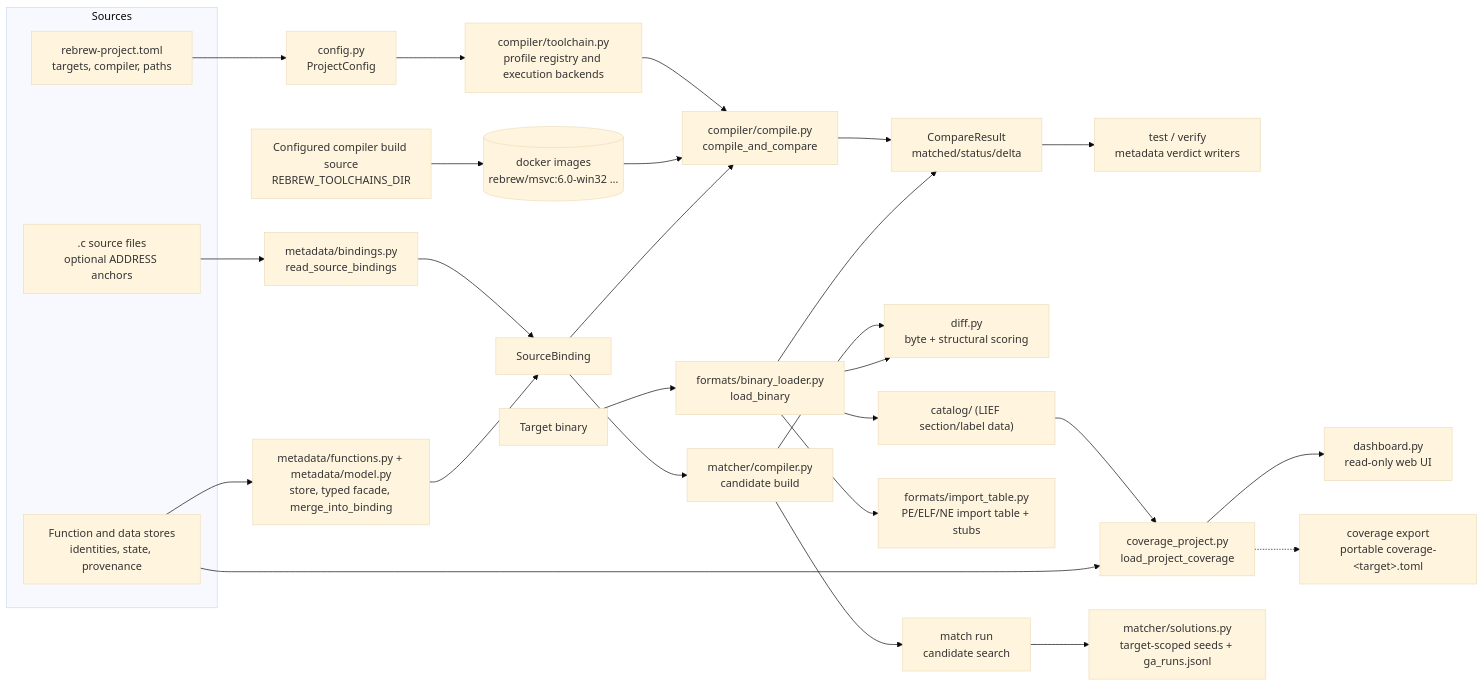
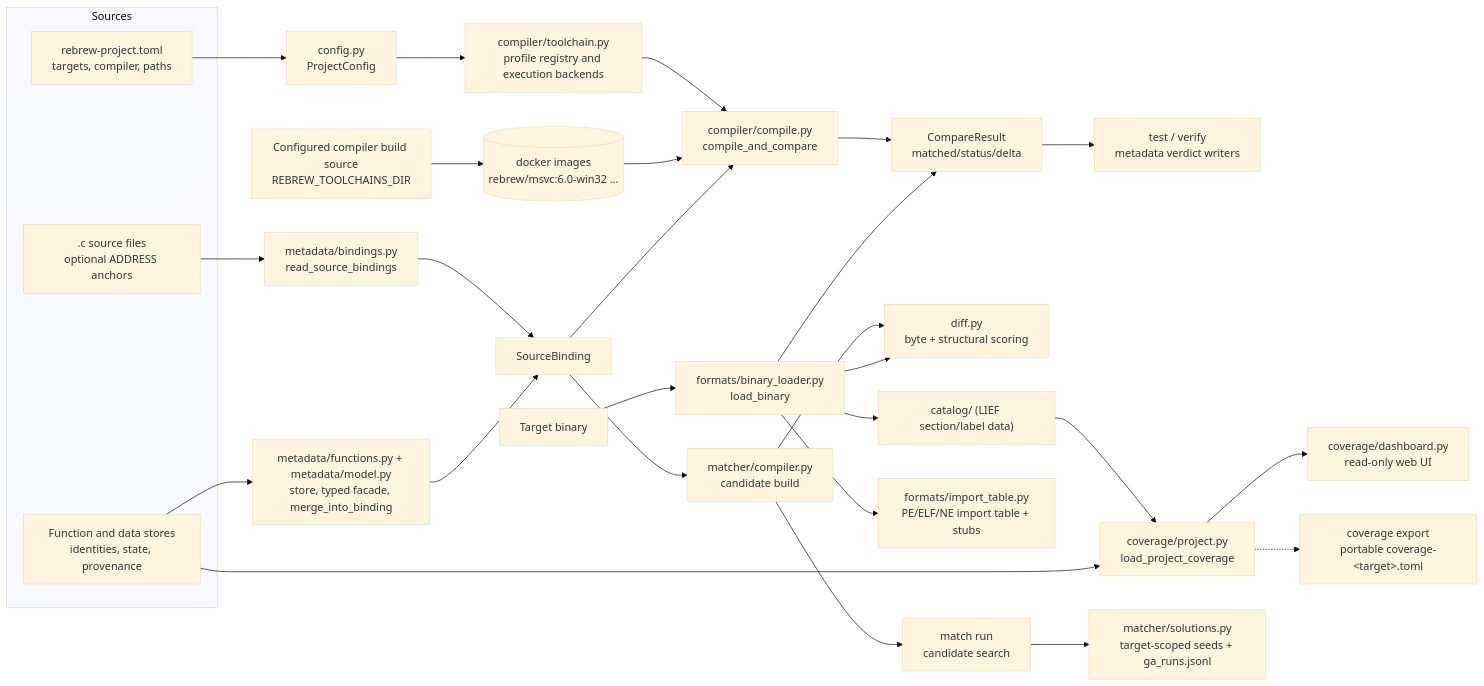
The diagram in docs/ARCHITECTURE.md (maci0/rebrew), drawn with Mermaid (base theme) before and after one commit. The commit also changed other lines of this file and 400 other files, not shown here.

````diff
--- a/docs/ARCHITECTURE.md
+++ b/docs/ARCHITECTURE.md
@@ -16,40 +16,40 @@
 ```mermaid
 flowchart LR
     subgraph Sources
         C[".c source files<br/>optional ADDRESS anchors"]
         TOML["rebrew-project.toml<br/>targets, compiler, paths"]
         META["Function and data stores<br/>identities, state, provenance"]
     end
 
     C --> ANNOT["metadata/bindings.py<br/>read_source_bindings"]
     META --> FACADE["metadata/functions.py + metadata/model.py<br/>store, typed facade, merge_into_binding"]
     TOML --> CFG["config.py<br/>ProjectConfig"]
 
     ANNOT --> MERGED["SourceBinding"]
     FACADE --> MERGED
 
     CFG --> TOOLCHAIN["compiler/toolchain.py<br/>profile registry and execution backends"]
     RT["Configured compiler build source<br/>REBREW_TOOLCHAINS_DIR"] --> IMG[("docker images<br/>rebrew/msvc:6.0-win32 …")]
     TOOLCHAIN --> COMPILE["compiler/compile.py<br/>compile_and_compare"]
     IMG --> COMPILE
 
     BIN["Target binary"] --> LOAD["formats/binary_loader.py<br/>load_binary"]
     MERGED --> COMPILE
     COMPILE --> CMP["CompareResult<br/>matched/status/delta"]
     LOAD --> CMP
 
     CMP --> STATUS["test / verify<br/>metadata verdict writers"]
     MERGED --> CANDIDATE["matcher/compiler.py<br/>candidate build"]
     CANDIDATE --> DIFF["diff.py<br/>byte + structural scoring"]
     LOAD --> DIFF
 
     LOAD --> CATALOG["catalog/ (LIEF section/label data)"]
-    CATALOG --> COVERAGE["coverage_project.py<br/>load_project_coverage"]
+    CATALOG --> COVERAGE["coverage/project.py<br/>load_project_coverage"]
     META --> COVERAGE
-    COVERAGE --> DASH["dashboard.py<br/>read-only web UI"]
+    COVERAGE --> DASH["coverage/dashboard.py<br/>read-only web UI"]
     COVERAGE -.-> DB["coverage export<br/>portable coverage-&lt;target&gt;.toml"]
 
     LOAD --> IMPORTS["formats/import_table.py<br/>PE/ELF/NE import table + stubs"]
     CANDIDATE --> GA["match run<br/>candidate search"]
     GA --> SOL["matcher/solutions.py<br/>target-scoped seeds + ga_runs.jsonl"]
 ```
````
